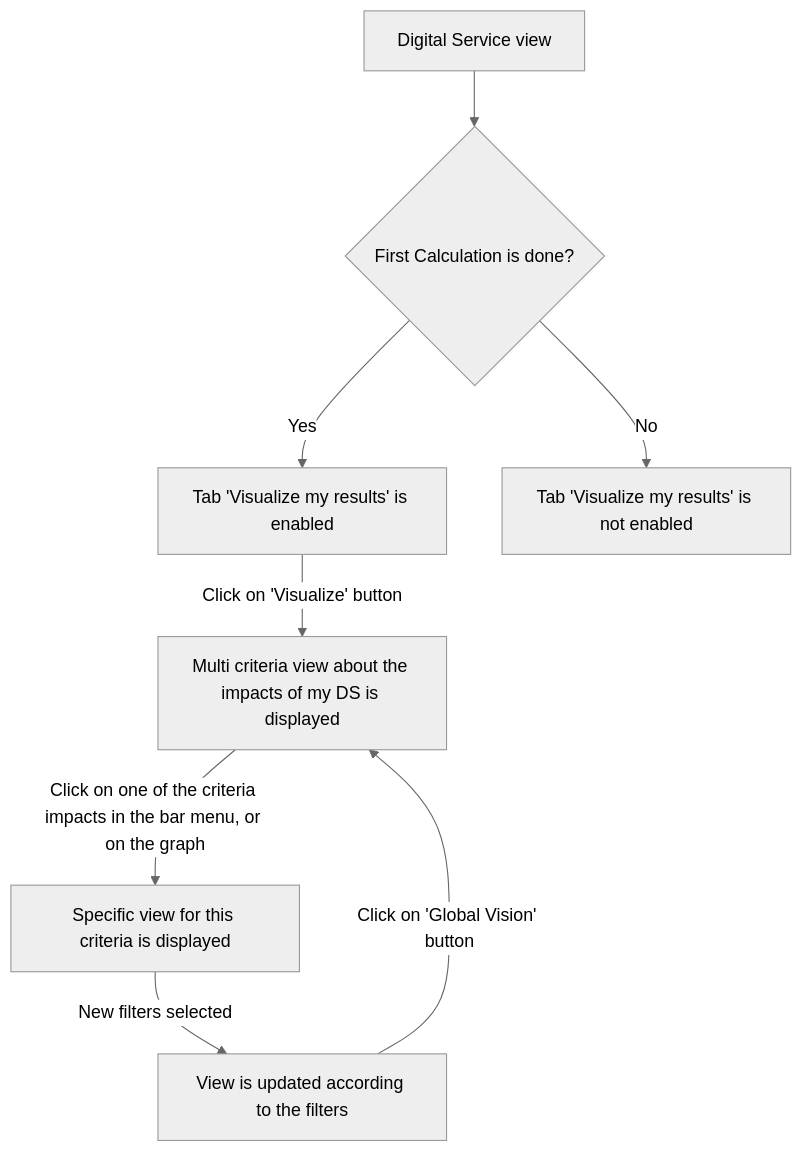
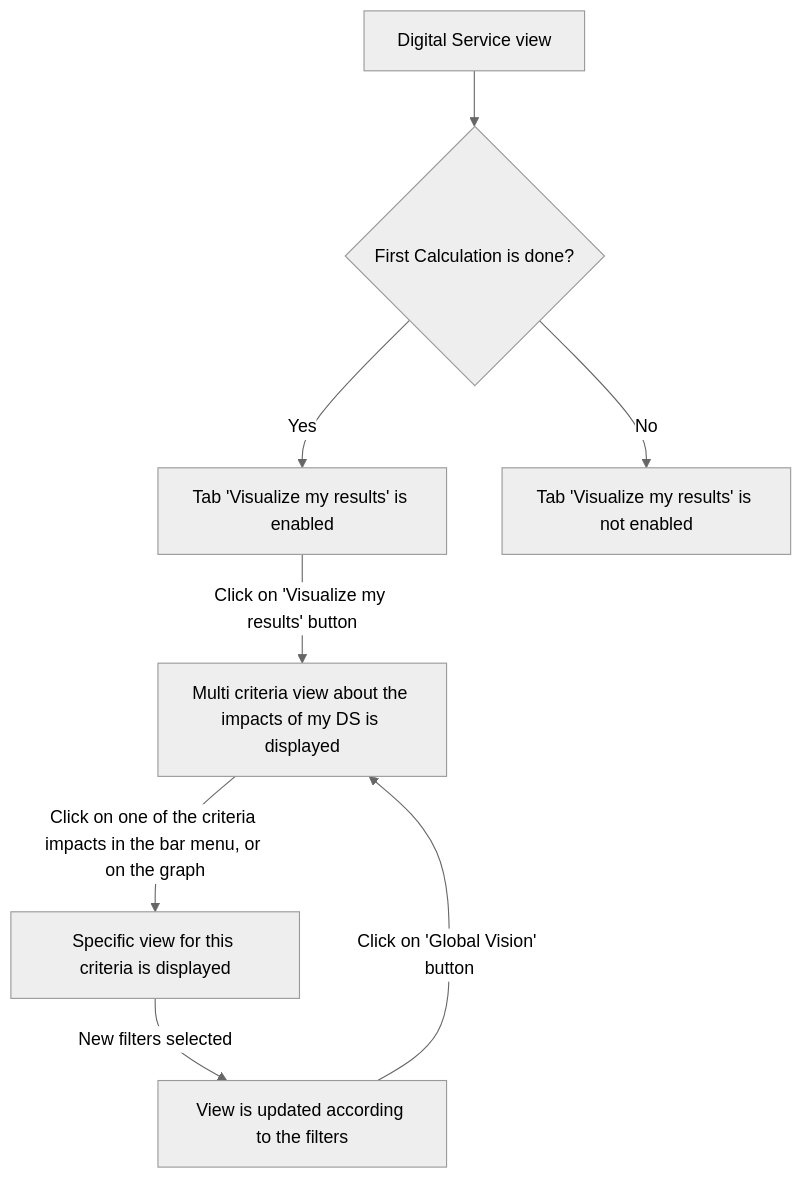
The first of 2 diagrams in services/documentation/content/2-functional-documentation/use_cases/uc_digital_services/uc5_visualize_footprint/_index.md (teamg4it/g4it), drawn with Mermaid (neutral theme) before and after one commit. The commit also changed other lines of this file and 4 other files, not shown here.

```diff
--- a/services/documentation/content/2-functional-documentation/use_cases/uc_digital_services/uc5_visualize_footprint/_index.md
+++ b/services/documentation/content/2-functional-documentation/use_cases/uc_digital_services/uc5_visualize_footprint/_index.md
@@ -33,9 +33,9 @@
 {{< mermaid align="center">}}
 graph TD;
 Step1[Digital Service view] --> Decision1{First Calculation is done?}
 Decision1-->|Yes|Step2[Tab 'Visualize my results' is enabled]
 Decision1-->|No|Step3[Tab 'Visualize my results' is not enabled]
-Step2-->|Click on 'Visualize' button|Step4[Multi criteria view about the impacts of my DS is displayed]-->|Click on one of the criteria impacts in the bar menu, or on the graph|Step5[Specific view for this criteria is displayed]-->|New filters selected|Step8
+Step2-->|Click on 'Visualize my results' button|Step4[Multi criteria view about the impacts of my DS is displayed]-->|Click on one of the criteria impacts in the bar menu, or on the graph|Step5[Specific view for this criteria is displayed]-->|New filters selected|Step8
 Step8[View is updated according to the filters]
 Step8-->|Click on 'Global Vision' button|Step4
 {{< /mermaid >}}
```
